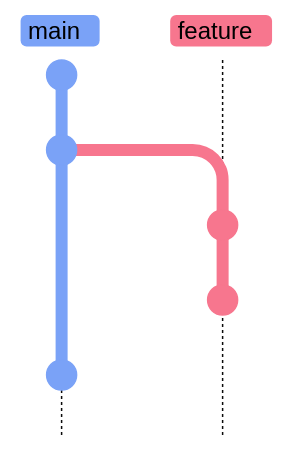
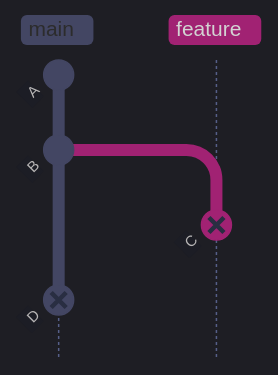
Before and after one commit to alp78/elysium: the second of 4 diagrams in content/08-Git/10-git-merge-conflicts.md, drawn with Mermaid. The commit also changed other lines of this file and 13 other files, not shown here.

````diff
--- a/content/08-Git/10-git-merge-conflicts.md
+++ b/content/08-Git/10-git-merge-conflicts.md
@@ -207,11 +103,21 @@
 ```mermaid
-%%{init: {'theme': 'base', 'themeVariables': {'git0': '#7aa2f7', 'git1': '#f7768e', 'git2': '#9ece6a', 'git3': '#e0af68', 'git4': '#bb9af7', 'gitBranchLabel0': '#000000', 'gitBranchLabel1': '#000000', 'gitBranchLabel2': '#000000', 'gitBranchLabel3': '#000000', 'commitLabelColor': '#ffffff', 'commitLabelBackground': 'transparent', 'commitLabelFontSize': '14px', 'tagLabelColor': '#000000', 'tagLabelBackground': '#c0caf5'}, 'gitGraph': {'mainBranchName': 'main'}} }%%
+%%{init: {'theme': 'dark', 'themeVariables': {
+  'primaryColor': '#292e42',
+  'primaryTextColor': '#c0caf5',
+  'primaryBorderColor': '#565f89',
+  'lineColor': '#565f89',
+  'secondaryColor': '#1a1b26',
+  'tertiaryColor': '#24283b',
+  'noteTextColor': '#c0caf5',
+  'noteBkgColor': '#292e42',
+  'textColor': '#c0caf5',
+  'fontSize': '14px'
+}, 'gitGraph': {'mainBranchName': 'main'}}}%%
 gitGraph TB:
   commit id: "A"
   commit id: "B"
   branch feature
-  commit id: "C"
-  commit id: "D"
+  commit id: "C" type: REVERSE
   checkout main
-  commit id: "E"
+  commit id: "D" type: REVERSE
 ```
````
